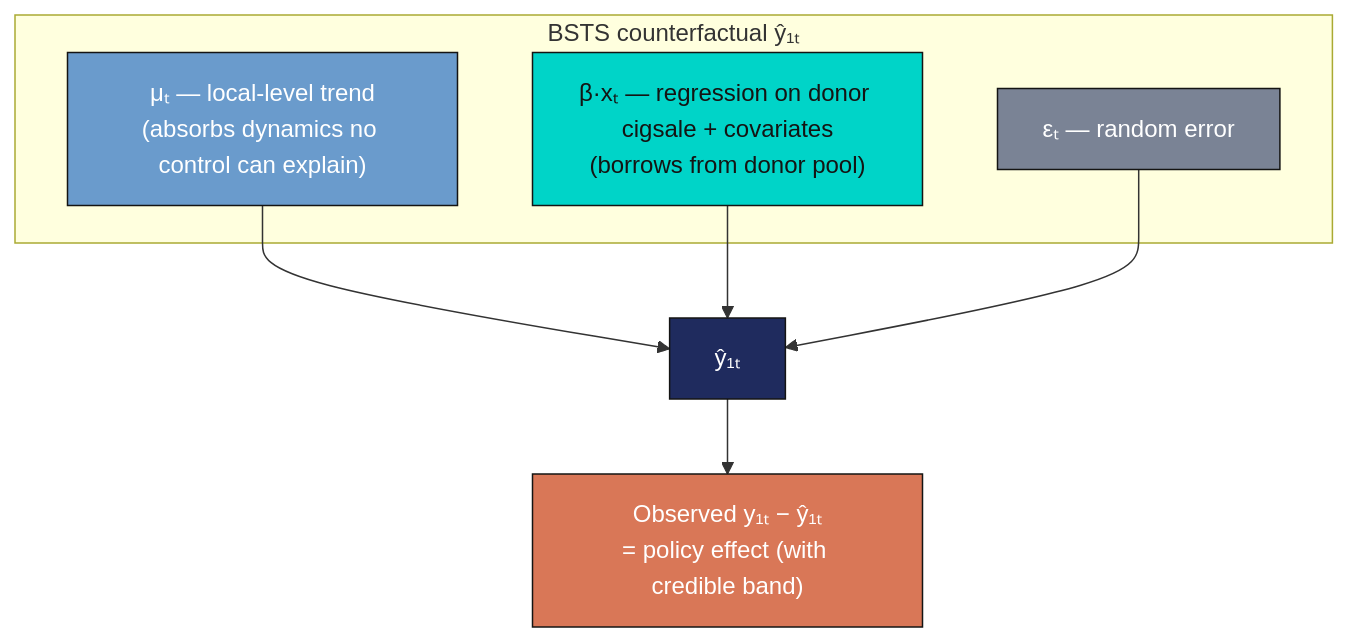
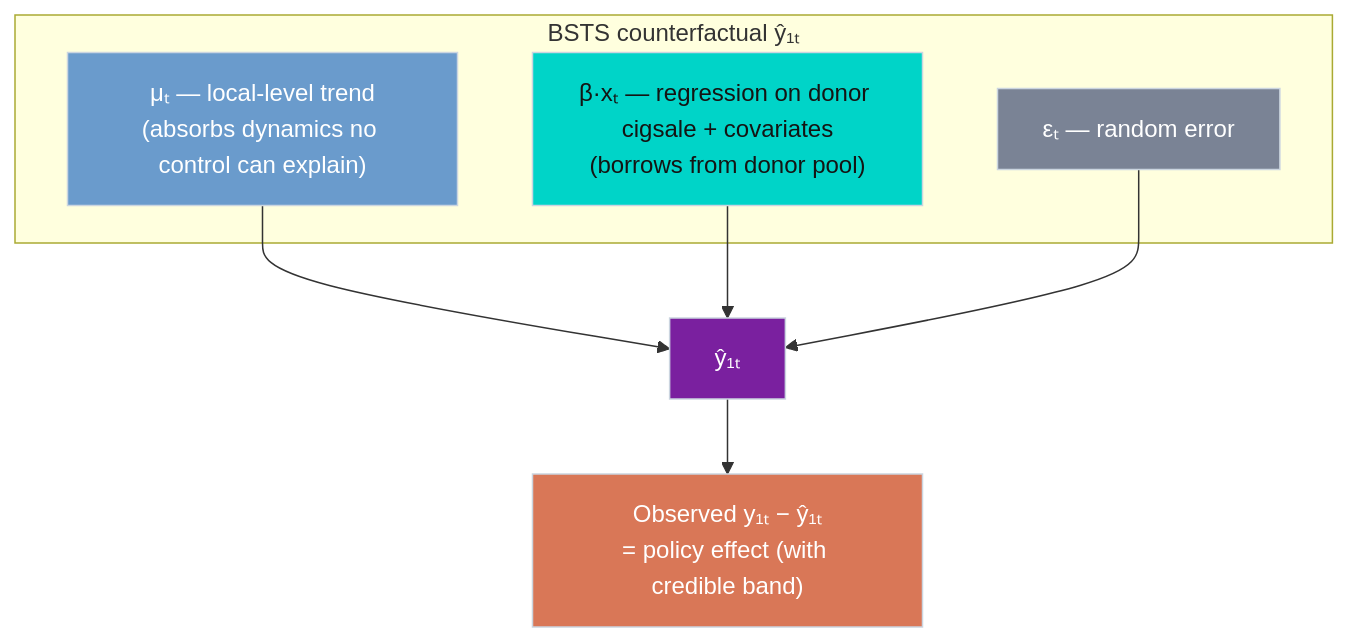
The diagram in 06-structural-bayesian-ts.qmd (quarcs-lab/ccm), drawn with Mermaid before and after one commit. The commit also changed other lines of this file and 34 other files, not shown here.

````diff
--- a/06-structural-bayesian-ts.qmd
+++ b/06-structural-bayesian-ts.qmd
@@ -19,18 +19,20 @@
 ```{mermaid}
+%%| label: fig-bsts-counterfactual
+%%| fig-cap: "Decomposition of the BSTS counterfactual: a local-level trend, a regression on donor cigsale + covariates, and random error sum to ŷ₁ₜ, which is then subtracted from the observed series to give the policy effect."
 flowchart TB
     subgraph "BSTS counterfactual ŷ₁ₜ"
         TREND["μₜ — local-level trend<br/>(absorbs dynamics no control can explain)"]
         REG["β·xₜ — regression on donor cigsale + covariates<br/>(borrows from donor pool)"]
         ERR["εₜ — random error"]
     end
     TREND --> Y["ŷ₁ₜ"]
     REG --> Y
     ERR --> Y
     Y --> CMP["Observed y₁ₜ − ŷ₁ₜ<br/>= policy effect (with credible band)"]
 
-    style TREND fill:#6a9bcc,stroke:#141413,color:#fff
-    style REG fill:#00d4c8,stroke:#141413,color:#141413
-    style ERR fill:#7a8395,stroke:#141413,color:#fff
-    style Y fill:#1f2b5e,stroke:#141413,color:#fff
-    style CMP fill:#d97757,stroke:#141413,color:#fff
+    style TREND fill:#6a9bcc,stroke:#cbd5e0,color:#fff
+    style REG fill:#00d4c8,stroke:#cbd5e0,color:#141413
+    style ERR fill:#7a8395,stroke:#cbd5e0,color:#fff
+    style Y fill:#7A209F,stroke:#cbd5e0,color:#fff
+    style CMP fill:#d97757,stroke:#cbd5e0,color:#fff
 ```
````
